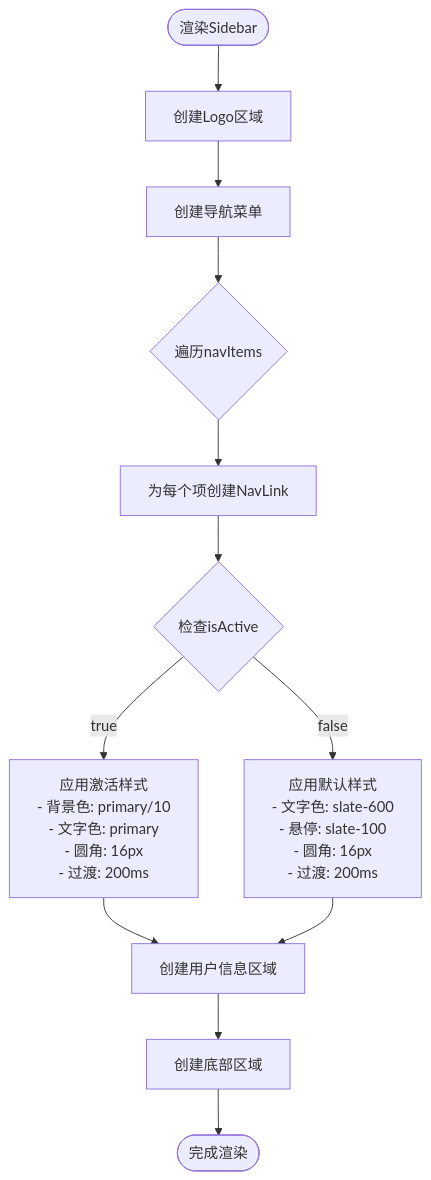
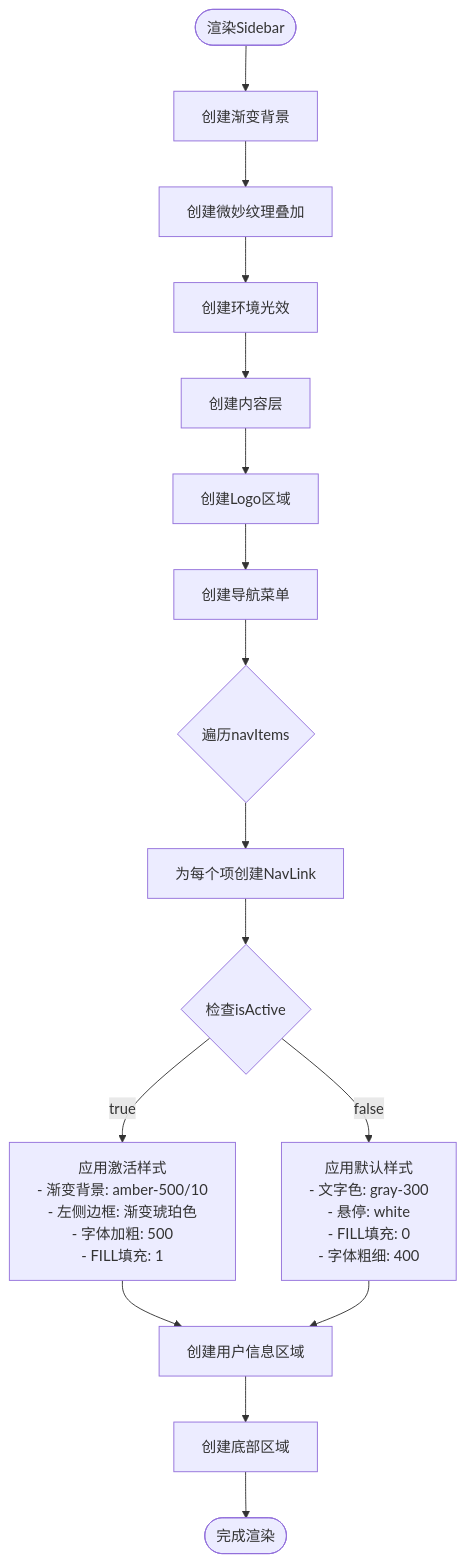
One commit to xianjianshenqu/SalesFlow-CRM changed the fifth of 14 diagrams in .qoder/repowiki/zh/content/核心组件/导航组件 (Sidebar).md. Above: the diagram before and after it, drawn with Mermaid. The commit also changed other lines of this file and 9 other files, not shown here.

````diff
--- a/.qoder/repowiki/zh/content/核心组件/导航组件 (Sidebar).md
+++ b/.qoder/repowiki/zh/content/核心组件/导航组件 (Sidebar).md
@@ -257,14 +303,18 @@
 ```mermaid
 flowchart TD
-Start([渲染Sidebar]) --> CreateLogo[创建Logo区域]
+Start([渲染Sidebar]) --> CreateBackground[创建渐变背景]
+CreateBackground --> CreatePatternOverlay[创建微妙纹理叠加]
+CreatePatternOverlay --> CreateAmbientGlow[创建环境光效]
+CreateAmbientGlow --> CreateContent[创建内容层]
+CreateContent --> CreateLogo[创建Logo区域]
 CreateLogo --> CreateNav[创建导航菜单]
 CreateNav --> MapItems{遍历navItems}
 MapItems --> CreateLink[为每个项创建NavLink]
 CreateLink --> CheckActive{检查isActive}
-CheckActive --> |true| ActiveStyles["应用激活样式<br/>- 背景色: primary/10<br/>- 文字色: primary<br/>- 圆角: 16px<br/>- 过渡: 200ms"]
-CheckActive --> |false| InactiveStyles["应用默认样式<br/>- 文字色: slate-600<br/>- 悬停: slate-100<br/>- 圆角: 16px<br/>- 过渡: 200ms"]
+CheckActive --> |true| ActiveStyles["应用激活样式<br/>- 渐变背景: amber-500/10<br/>- 左侧边框: 渐变琥珀色<br/>- 字体加粗: 500<br/>- FILL填充: 1"]
+CheckActive --> |false| InactiveStyles["应用默认样式<br/>- 文字色: gray-300<br/>- 悬停: white<br/>- FILL填充: 0<br/>- 字体粗细: 400"]
 ActiveStyles --> CreateUserArea[创建用户信息区域]
 InactiveStyles --> CreateUserArea
 CreateUserArea --> CreateBottomArea[创建底部区域]
 CreateBottomArea --> End([完成渲染])
 ```
````
